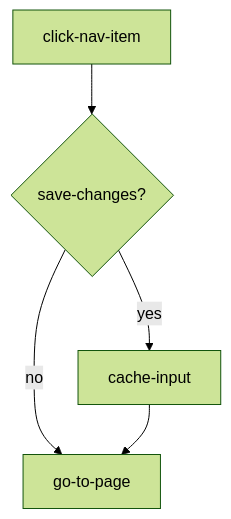
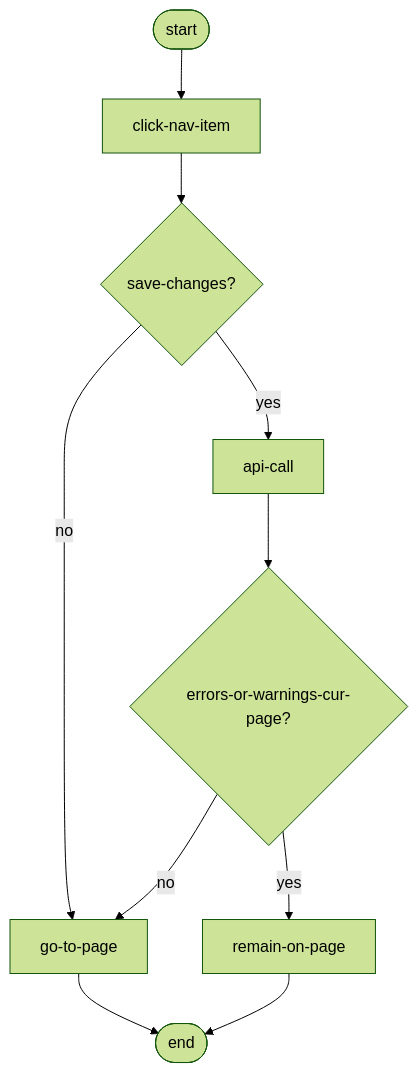
Before and after one commit to kiesraad/abacus: the third of 3 diagrams in documentatie/flowcharts/date-entry-navigation.md, drawn with Mermaid (forest theme). The commit also changed other lines of this file, not shown here.

Commit message:
cleanup and fixes click nav item flow

````diff
--- a/documentatie/flowcharts/date-entry-navigation.md
+++ b/documentatie/flowcharts/date-entry-navigation.md
@@ -135,14 +124,26 @@
 ```mermaid
 flowchart TD
     %% elements
+    flow-start([start])
+    flow-end([end])
+
     click-nav-item
     save-changes{save-changes?}
     go-to-page
-    cache-input
+    remain-on-page
+    api-call
+
+    errors-or-warnings-cur-page{errors-or-warnings-cur-page?}
 
     %% flow
+    flow-start --> click-nav-item
     click-nav-item --> save-changes
     save-changes -- no --> go-to-page
-    save-changes -- yes --> cache-input
-    cache-input --> go-to-page
+    save-changes -- yes --> api-call
+    api-call --> errors-or-warnings-cur-page
+    errors-or-warnings-cur-page -- no --> go-to-page
+    errors-or-warnings-cur-page -- yes --> remain-on-page
+
+    go-to-page --> flow-end
+    remain-on-page --> flow-end
 ```
````
